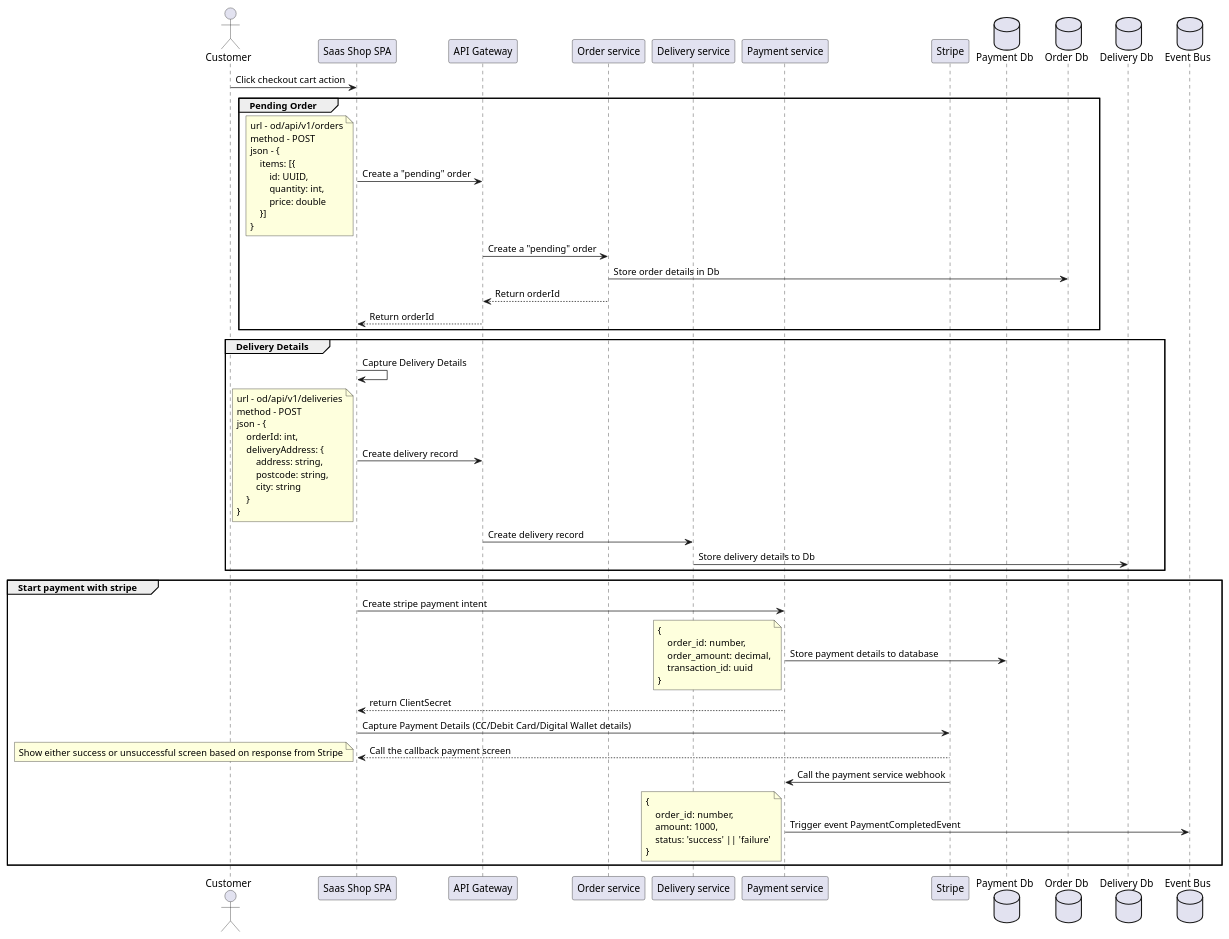
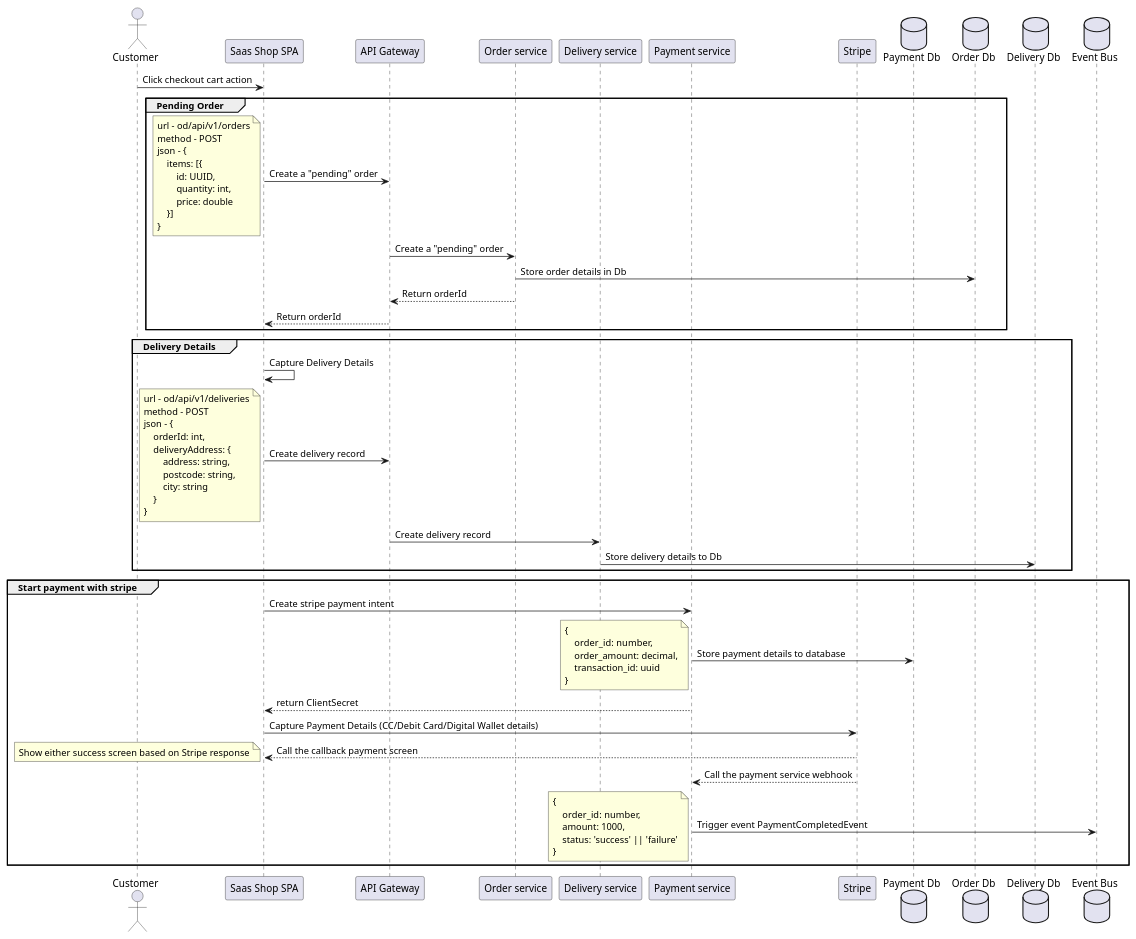
The diagram in sequence-diagram/checkout.puml (pragashonlink/saas-shop-architecture), drawn with PlantUML before and after one commit. The commit also changed 1 other file, not shown here.

Commit message:
alter the checkout flow

```diff
--- a/sequence-diagram/checkout.puml
+++ b/sequence-diagram/checkout.puml
@@ -1,87 +1,87 @@
 @startuml
 'https://plantuml.com/sequence-diagram
 
 actor Customer as customer
 participant "Saas Shop SPA" as spa
 participant "API Gateway" as apiGateway
 participant "Order service" as orderService
 participant "Delivery service" as deliveryService
 participant "Payment service" as paymentService
 participant Stripe as stripe
 database "Payment Db" as paymentDb
 database "Order Db" as orderDb
 database "Delivery Db" as deliveryDb
 database "Event Bus" as kafka
 
 customer -> spa : Click checkout cart action
 
 group Pending Order
     spa -> apiGateway : Create a "pending" order
     note left
         url - od/api/v1/orders
         method - POST
         json - {
             items: [{
                 id: UUID,
                 quantity: int,
                 price: double
             }]
         }
     end note
     apiGateway -> orderService : Create a "pending" order
     orderService -> orderDb : Store order details in Db
     orderService --> apiGateway : Return orderId
     apiGateway --> spa : Return orderId
 end group
 
 group Delivery Details
     spa -> spa : Capture Delivery Details
     spa -> apiGateway : Create delivery record
     note left
         url - od/api/v1/deliveries
         method - POST
         json - {
             orderId: int,
             deliveryAddress: {
                 address: string,
                 postcode: string,
                 city: string
             }
         }
     end note
     apiGateway -> deliveryService : Create delivery record
     deliveryService -> deliveryDb : Store delivery details to Db
 end group
 
 group Start payment with stripe
 
     spa -> paymentService : Create stripe payment intent
     paymentService -> paymentDb : Store payment details to database
     note left
         {
             order_id: number,
             order_amount: decimal,
             transaction_id: uuid
         }
     end note
     paymentService --> spa : return ClientSecret
 
     spa -> stripe : Capture Payment Details (CC/Debit Card/Digital Wallet details)
     stripe --> spa : Call the callback payment screen
     note left
-        Show either success or unsuccessful screen based on response from Stripe
+        Show either success screen based on Stripe response
     end note
 
-    stripe -> paymentService : Call the payment service webhook
+    stripe --> paymentService : Call the payment service webhook
     paymentService -> kafka : Trigger event PaymentCompletedEvent
     note left
         {
             order_id: number,
             amount: 1000,
             status: 'success' || 'failure'
         }
     end note
 
 end group
 
 @enduml
```
